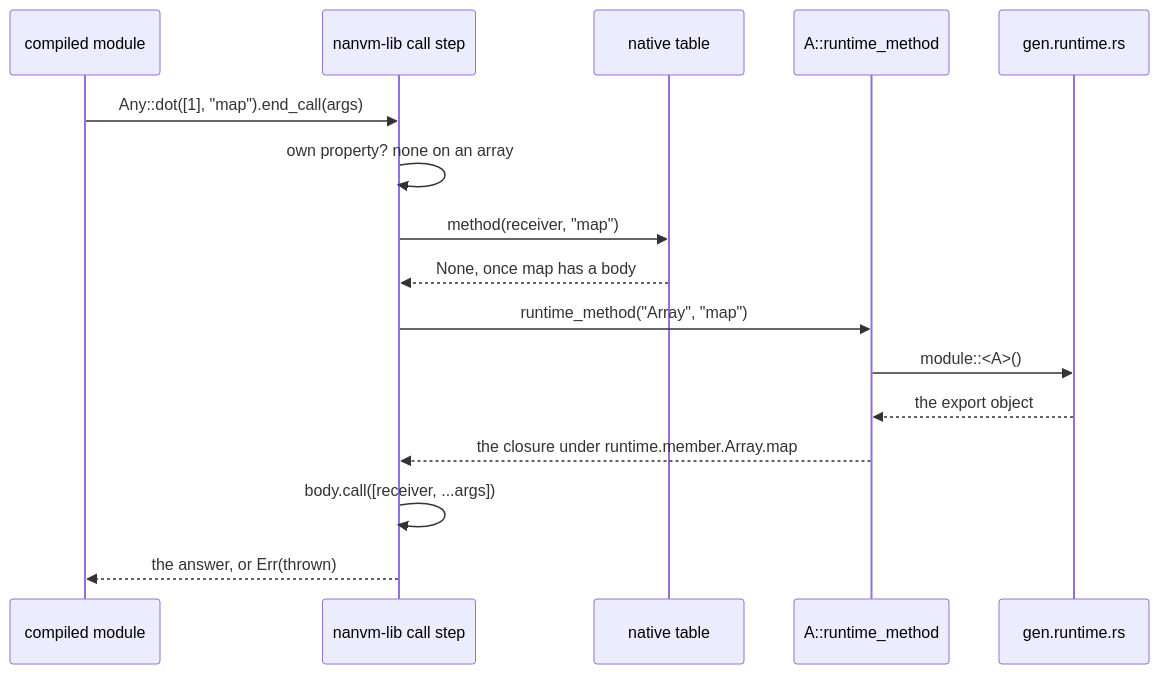
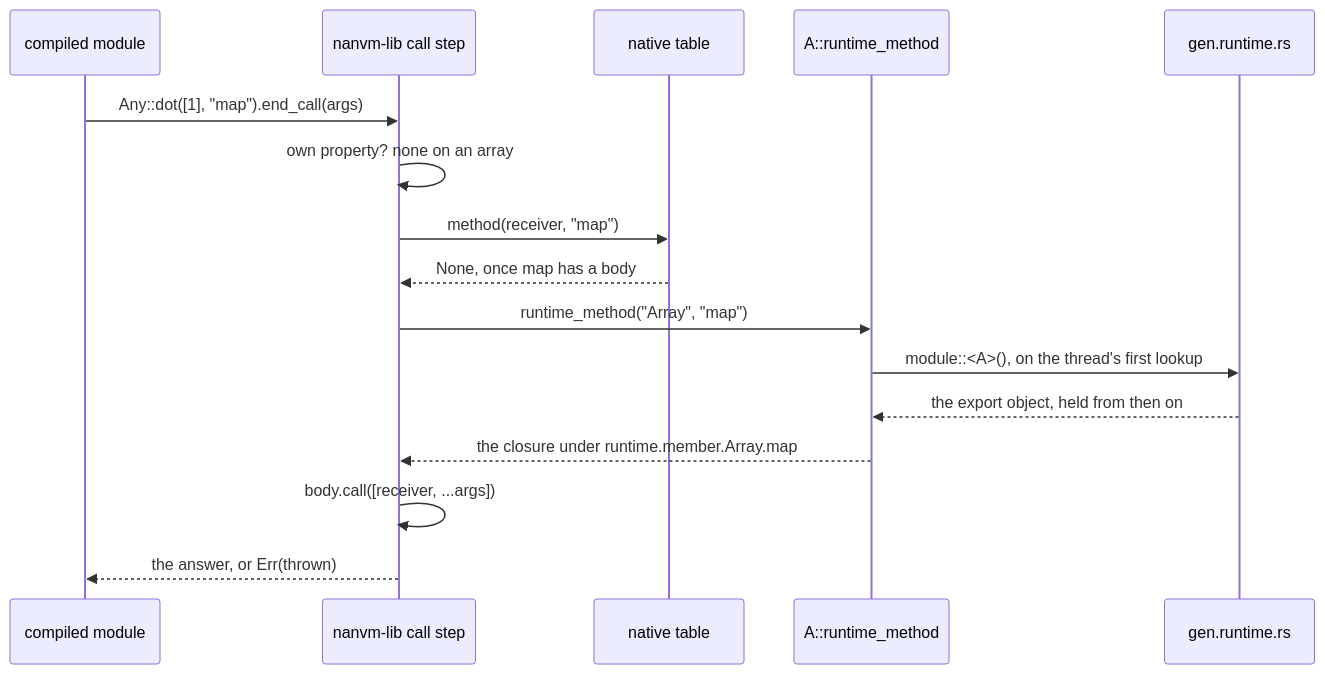
The second of 2 diagrams in fjs/js/runtime/README.md (functionalscript/functionalscript), drawn with Mermaid before and after one commit. The commit also changed other lines of this file and 12 other files, not shown here.

````diff
--- a/fjs/js/runtime/README.md
+++ b/fjs/js/runtime/README.md
@@ -141,18 +141,18 @@
 ```mermaid
 sequenceDiagram
     participant M as compiled module
     participant L as nanvm-lib call step
     participant T as native table
     participant A as A::runtime_method
     participant R as gen.runtime.rs
     M->>L: Any::dot([1], "map").end_call(args)
     L->>L: own property? none on an array
     L->>T: method(receiver, "map")
     T-->>L: None, once map has a body
     L->>A: runtime_method("Array", "map")
-    A->>R: module::<A>()
-    R-->>A: the export object
+    A->>R: module::<A>(), on the thread's first lookup
+    R-->>A: the export object, held from then on
     A-->>L: the closure under runtime.member.Array.map
     L->>L: body.call([receiver, ...args])
     L-->>M: the answer, or Err(thrown)
 ```
````
